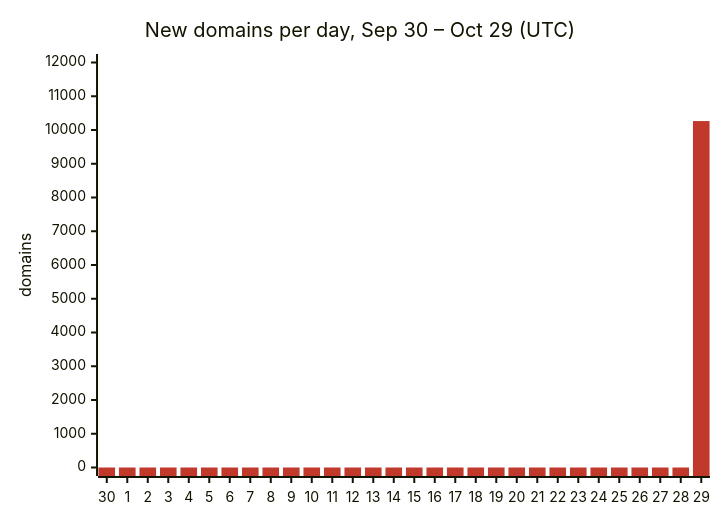
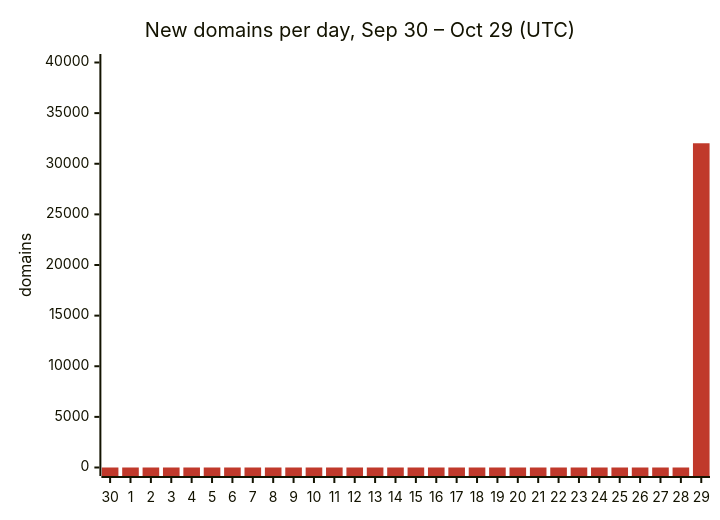
Before and after one commit to DNSBunker/CTI: the first of 2 diagrams in README.md, drawn with Mermaid. The commit also changed other lines of this file and 3 other files, not shown here.

````diff
--- a/README.md
+++ b/README.md
@@ -29,8 +29,8 @@
 ```mermaid
 %%{init: {"themeVariables": {"xyChart": {"plotColorPalette": "#c0392b"}}}}%%
 xychart-beta
     title "New domains per day, Sep 30 – Oct 29 (UTC)"
     x-axis ["30", "1", "2", "3", "4", "5", "6", "7", "8", "9", "10", "11", "12", "13", "14", "15", "16", "17", "18", "19", "20", "21", "22", "23", "24", "25", "26", "27", "28", "29"]
-    y-axis "domains" 0 --> 12000
-    bar [0, 0, 0, 0, 0, 0, 0, 0, 0, 0, 0, 0, 0, 0, 0, 0, 0, 0, 0, 0, 0, 0, 0, 0, 0, 0, 0, 0, 0, 10265]
+    y-axis "domains" 0 --> 40000
+    bar [0, 0, 0, 0, 0, 0, 0, 0, 0, 0, 0, 0, 0, 0, 0, 0, 0, 0, 0, 0, 0, 0, 0, 0, 0, 0, 0, 0, 0, 32023]
 ```
````
